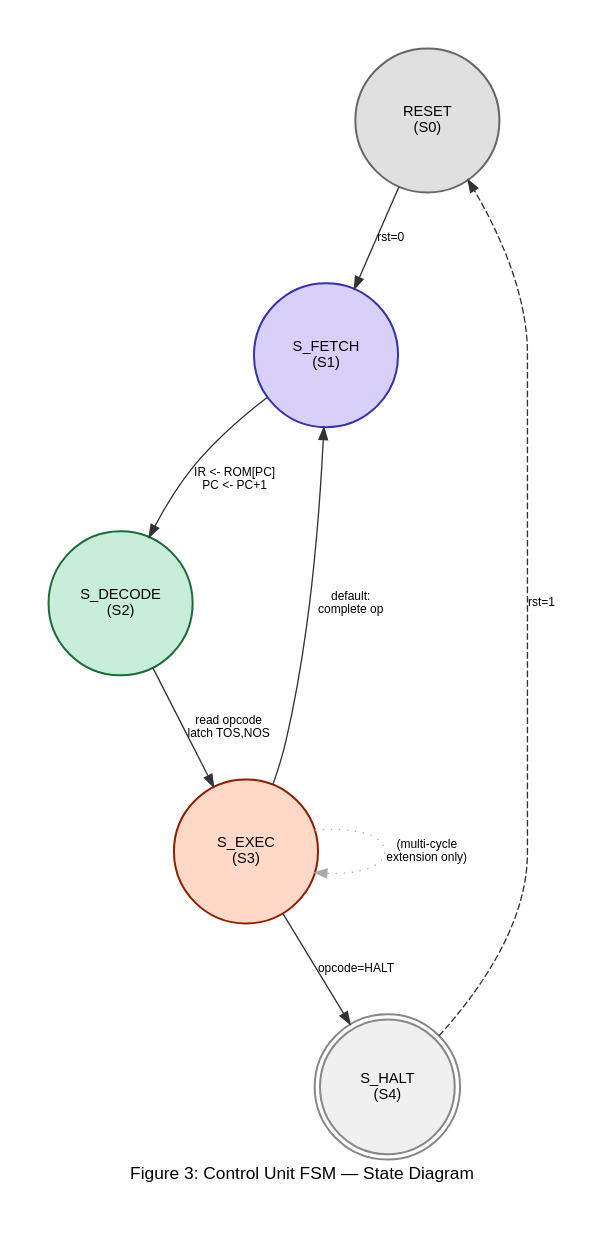
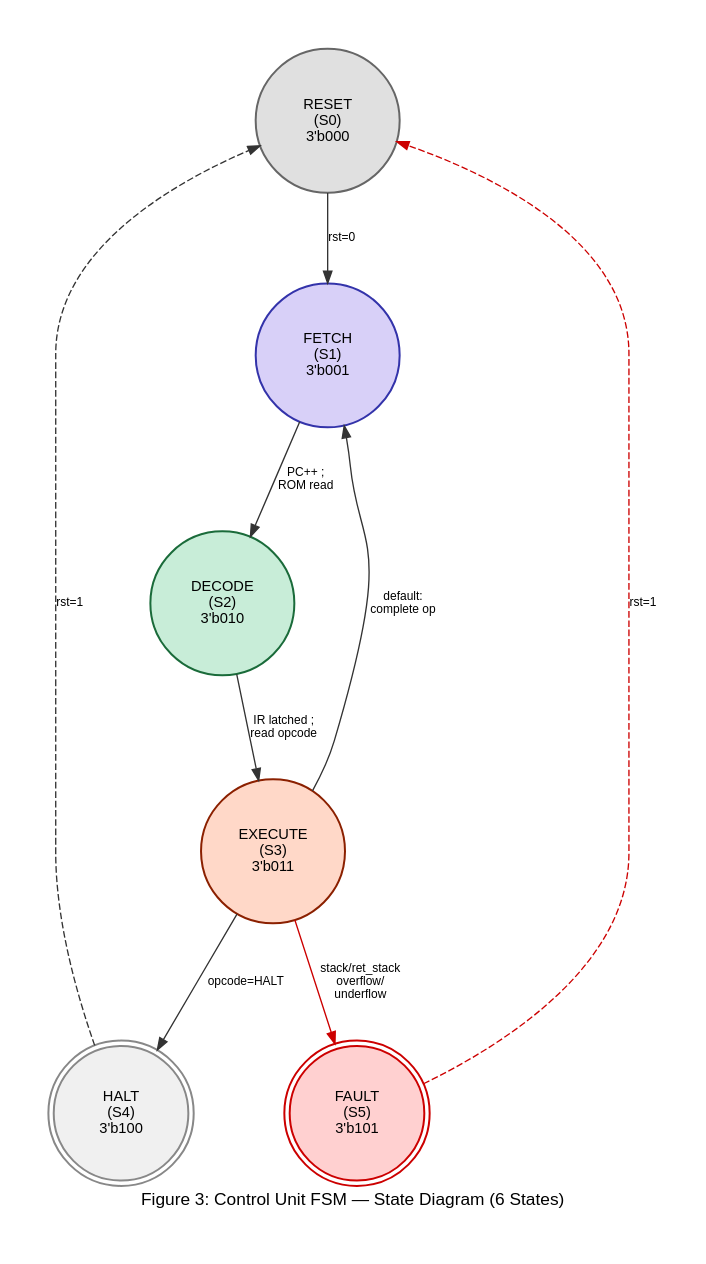
Before and after one commit to Faruk982/stack_cpu: the fourth of 5 diagrams in report.md, drawn with Graphviz. The commit also changed other lines of this file and 17 other files, not shown here.

````diff
--- a/report.md
+++ b/report.md
@@ -326,24 +387,26 @@
 ```graphviz
 digraph fsm {
-    graph [label="Figure 3: Control Unit FSM — State Diagram", labelloc=b,
+    graph [label="Figure 3: Control Unit FSM — State Diagram (6 States)", labelloc=b,
            fontname="Arial", fontsize=13, bgcolor=white, pad=0.4,
            nodesep=0.7, ranksep=0.8]
     node  [fontname="Arial", fontsize=11, shape=circle, style="filled",
            fillcolor="#EEF2FF", color="#3333AA", penwidth=1.5, width=1.5, fixedsize=true]
     edge  [fontname="Arial", fontsize=9, color="#333333", arrowsize=0.9]
 
-    RESET [label="RESET\n(S0)", fillcolor="#E0E0E0", color="#666666"]
-    FETCH [label="S_FETCH\n(S1)", fillcolor="#D8D0F8", color="#3333AA"]
-    DECODE[label="S_DECODE\n(S2)", fillcolor="#C8EDD8", color="#1a6b3a"]
-    EXEC  [label="S_EXEC\n(S3)", fillcolor="#FFD8C8", color="#8B2000"]
-    HALT  [label="S_HALT\n(S4)", fillcolor="#F0F0F0", color="#888888", shape=doublecircle, width=1.4]
+    RESET [label="RESET\n(S0)\n3'b000", fillcolor="#E0E0E0", color="#666666"]
+    FETCH [label="FETCH\n(S1)\n3'b001", fillcolor="#D8D0F8", color="#3333AA"]
+    DECODE[label="DECODE\n(S2)\n3'b010", fillcolor="#C8EDD8", color="#1a6b3a"]
+    EXEC  [label="EXECUTE\n(S3)\n3'b011", fillcolor="#FFD8C8", color="#8B2000"]
+    HALT  [label="HALT\n(S4)\n3'b100", fillcolor="#F0F0F0", color="#888888", shape=doublecircle, width=1.4]
+    FAULT [label="FAULT\n(S5)\n3'b101", fillcolor="#FFD0D0", color="#CC0000", shape=doublecircle, width=1.4]
 
     RESET -> FETCH  [label="rst=0"]
-    FETCH -> DECODE [label="IR <- ROM[PC]\nPC <- PC+1"]
-    DECODE-> EXEC   [label="read opcode\nlatch TOS,NOS"]
+    FETCH -> DECODE [label="PC++ ;\nROM read"]
+    DECODE-> EXEC   [label="IR latched ;\nread opcode"]
     EXEC  -> FETCH  [label="default:\ncomplete op"]
     EXEC  -> HALT   [label="opcode=HALT"]
+    EXEC  -> FAULT  [label="stack/ret_stack\noverflow/\nunderflow", color="#CC0000"]
     HALT  -> RESET  [label="rst=1", style=dashed]
-    EXEC  -> EXEC   [label="(multi-cycle\nextension only)", style=dotted, color="#aaaaaa"]
+    FAULT -> RESET  [label="rst=1", style=dashed, color="#CC0000"]
 }
 ```
````
